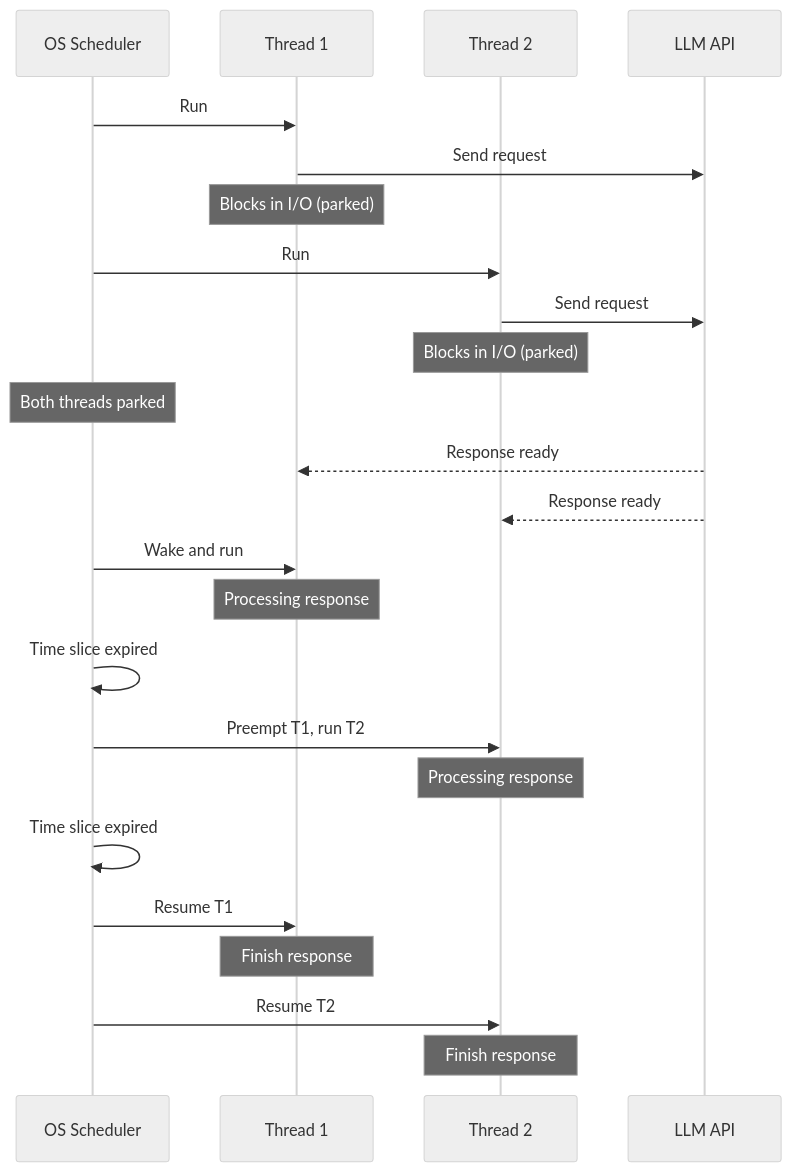
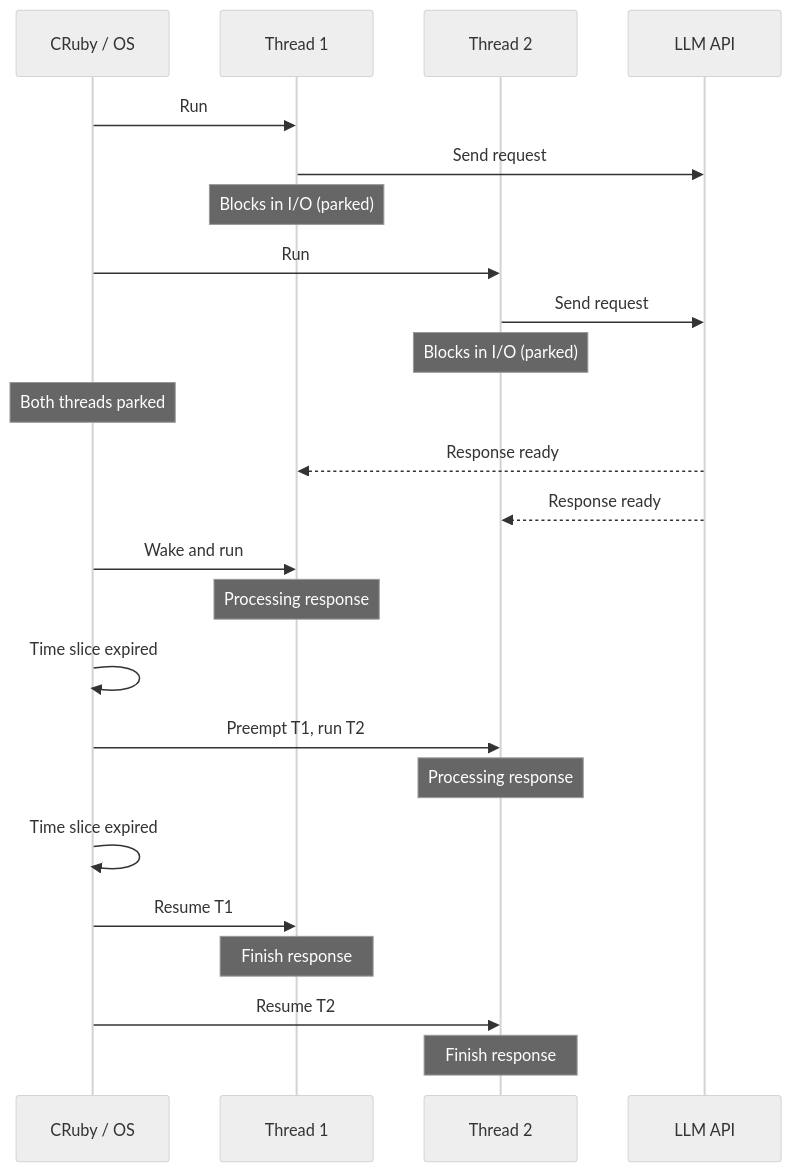
Before and after one commit to crmne/paolino.me: the second of 7 diagrams in _posts/2026-04-28-ruby-concurrency-what-actually-happens.md, drawn with Mermaid (neutral theme). The commit also changed other lines of this file and 2 other files, not shown here.

Commit message:
OS scheduler -> kernel thread overhead

```diff
--- a/_posts/2026-04-28-ruby-concurrency-what-actually-happens.md
+++ b/_posts/2026-04-28-ruby-concurrency-what-actually-happens.md
@@ -75,27 +75,27 @@
 <div class="mermaid">
 sequenceDiagram
-    participant OS as OS Scheduler
+    participant VM as CRuby / OS
     participant T1 as Thread 1
     participant T2 as Thread 2
     participant LLM as LLM API
 
-    OS->>T1: Run
+    VM->>T1: Run
     T1->>LLM: Send request
     Note over T1: Blocks in I/O (parked)
-    OS->>T2: Run
+    VM->>T2: Run
     T2->>LLM: Send request
     Note over T2: Blocks in I/O (parked)
-    Note over OS: Both threads parked
+    Note over VM: Both threads parked
     LLM-->>T1: Response ready
     LLM-->>T2: Response ready
-    OS->>T1: Wake and run
+    VM->>T1: Wake and run
     Note over T1: Processing response
-    OS->>OS: Time slice expired
-    OS->>T2: Preempt T1, run T2
+    VM->>VM: Time slice expired
+    VM->>T2: Preempt T1, run T2
     Note over T2: Processing response
-    OS->>OS: Time slice expired
-    OS->>T1: Resume T1
+    VM->>VM: Time slice expired
+    VM->>T1: Resume T1
     Note over T1: Finish response
-    OS->>T2: Resume T2
+    VM->>T2: Resume T2
     Note over T2: Finish response
 </div>
```
